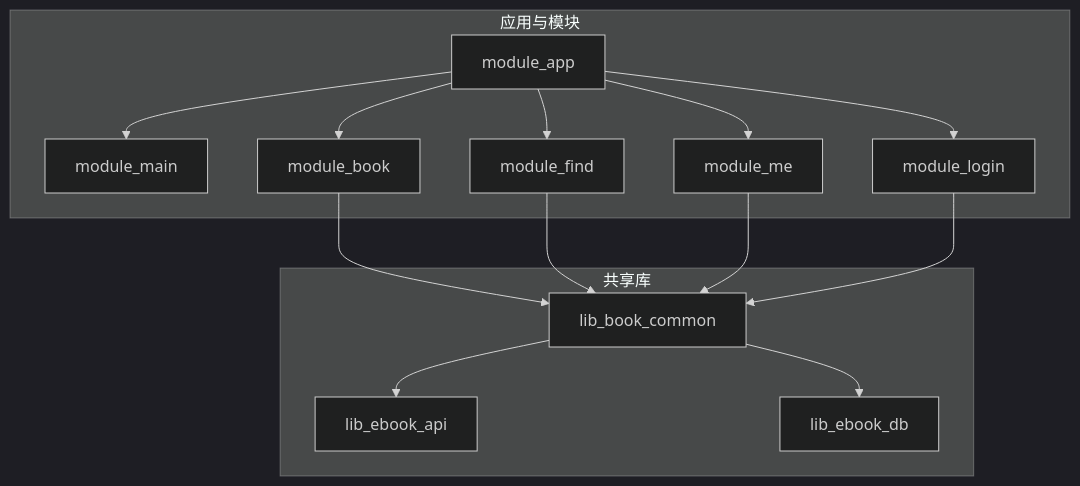
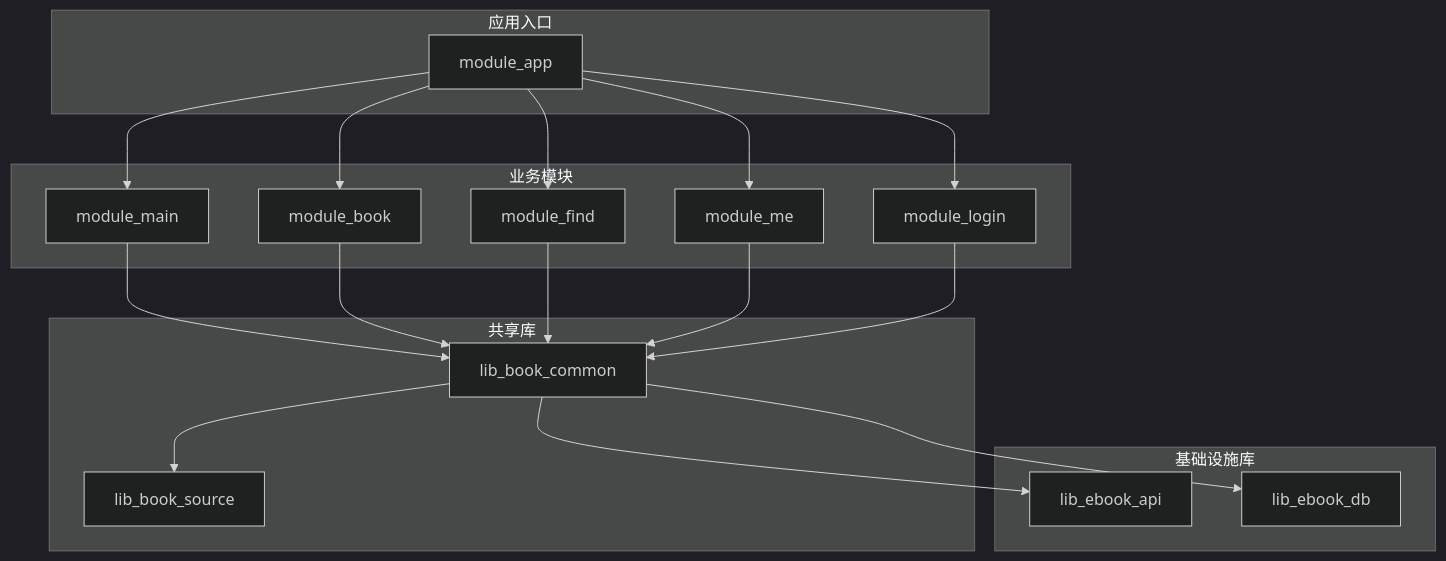
The first of 7 diagrams in .qoder/repowiki/zh/content/项目概述.md (xrn1997/android-ebook), drawn with Mermaid (dark theme) before and after one commit. The commit also changed other lines of this file and 544 other files, not shown here.

````diff
--- a/.qoder/repowiki/zh/content/项目概述.md
+++ b/.qoder/repowiki/zh/content/项目概述.md
@@ -48,31 +47,40 @@
 ```mermaid
 graph TB
-  subgraph "应用与模块"
-    APP["module_app"]
-    MAIN["module_main"]
-    BOOK["module_book"]
-    FIND["module_find"]
-    ME["module_me"]
-    LOGIN["module_login"]
-  end
+    subgraph "应用入口"
+        APP["module_app"]
+    end
 
-  subgraph "共享库"
-    COMMON["lib_book_common"]
-    API["lib_ebook_api"]
-    DB["lib_ebook_db"]
-  end
+    subgraph "业务模块"
+        MAIN["module_main"]
+        BOOK["module_book"]
+        FIND["module_find"]
+        ME["module_me"]
+        LOGIN["module_login"]
+    end
 
-  APP --> MAIN
-  APP --> BOOK
-  APP --> FIND
-  APP --> ME
-  APP --> LOGIN
+    subgraph "共享库"
+        COMMON["lib_book_common"]
+        SOURCE["lib_book_source"]
+    end
 
-  BOOK --> COMMON
-  FIND --> COMMON
-  ME --> COMMON
-  LOGIN --> COMMON
+    subgraph "基础设施库"
+        API["lib_ebook_api"]
+        DB["lib_ebook_db"]
+    end
 
-  COMMON --> API
-  COMMON --> DB
+    APP --> MAIN
+    APP --> BOOK
+    APP --> FIND
+    APP --> ME
+    APP --> LOGIN
+
+    MAIN --> COMMON
+    BOOK --> COMMON
+    FIND --> COMMON
+    ME --> COMMON
+    LOGIN --> COMMON
+
+    COMMON --> API
+    COMMON --> DB
+    COMMON --> SOURCE
 ```
````
